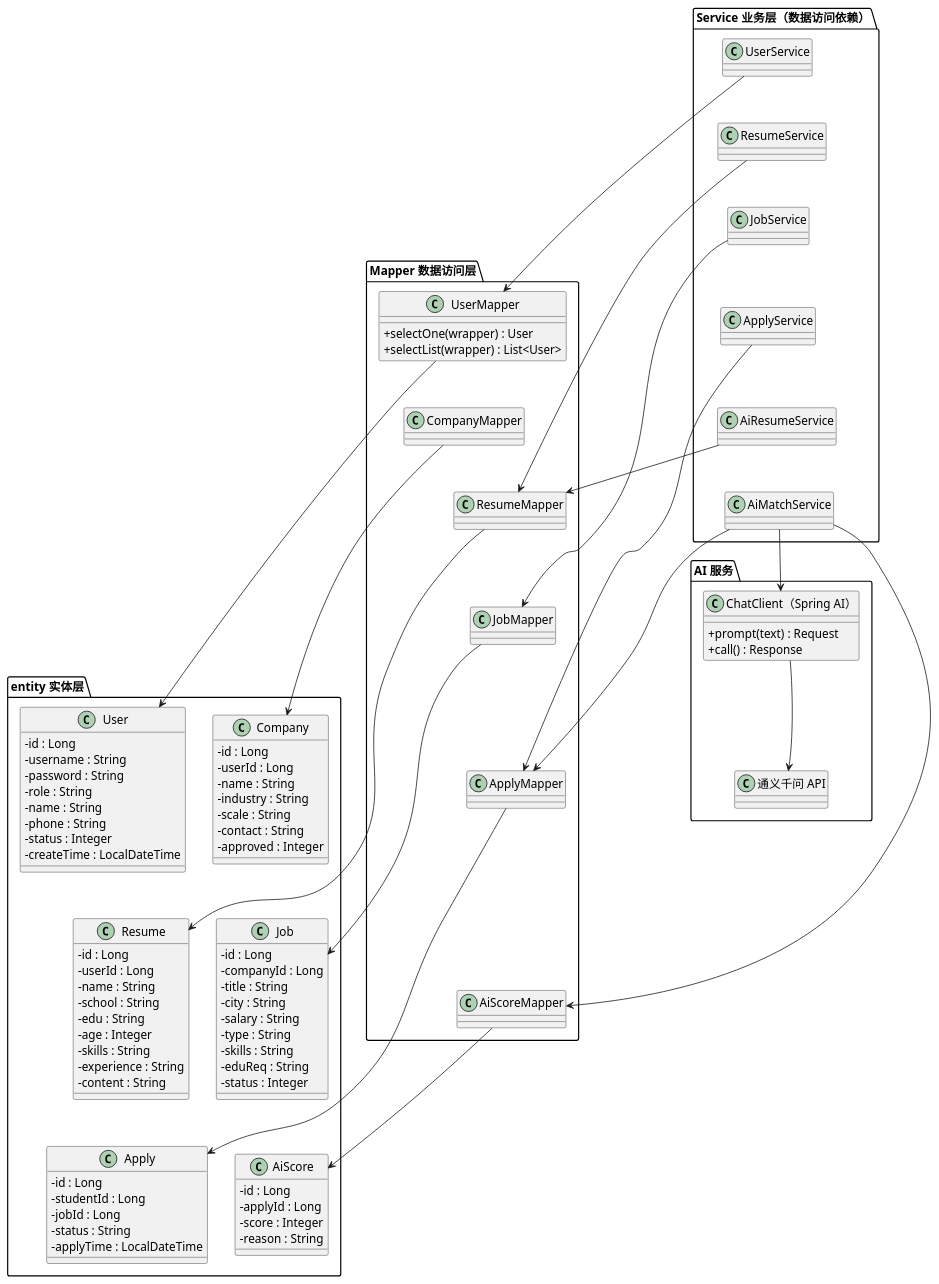
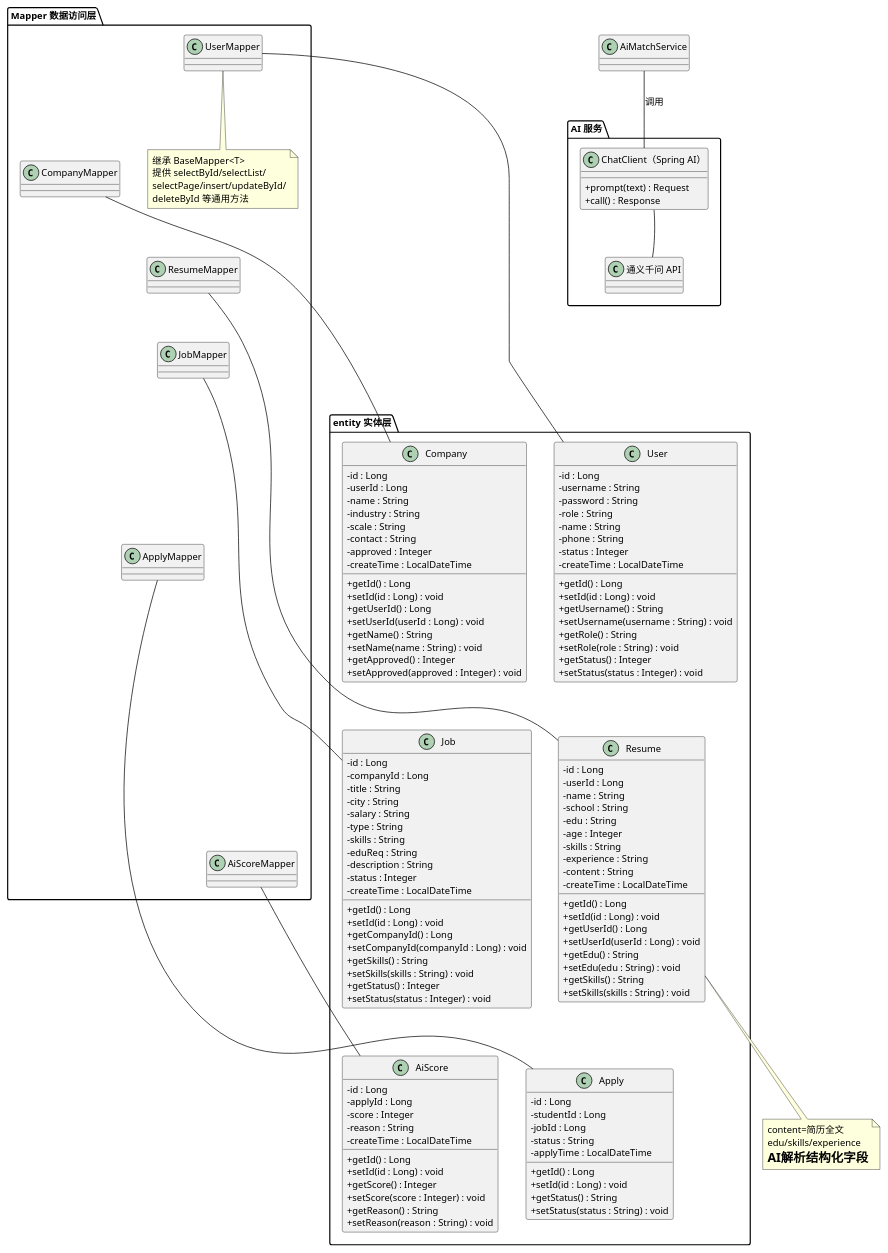
Before and after one commit to sheep7-bot/recruit-internship-system: the diagram in uml/class-data.puml, drawn with PlantUML. The commit also changed 61 other files, not shown here.

Commit message:
完善 AI 简历解析服务，更新 UML 图集；API Key 改为环境变量读取

```diff
--- a/uml/class-data.puml
+++ b/uml/class-data.puml
@@ -1,125 +1,159 @@
 @startuml 数据访问层与实体层类图
 skinparam defaultFontName "Microsoft YaHei"
 skinparam classAttributeIconSize 0
-skinparam defaultFontSize 15
-
-package "Service 业务层（数据访问依赖）" {
-  class UserService
-  class ResumeService
-  class JobService
-  class ApplyService
-  class AiResumeService
-  class AiMatchService
-  UserService -[hidden]d- ResumeService
-  ResumeService -[hidden]d- JobService
-  JobService -[hidden]d- ApplyService
-  ApplyService -[hidden]d- AiResumeService
-  AiResumeService -[hidden]d- AiMatchService
-}
+skinparam defaultFontSize 12
 
 package "Mapper 数据访问层" {
-  class UserMapper {
-    +selectOne(wrapper) : User
-    +selectList(wrapper) : List<User>
-  }
+  class UserMapper
   class CompanyMapper
   class ResumeMapper
   class JobMapper
   class ApplyMapper
   class AiScoreMapper
   UserMapper -[hidden]d- CompanyMapper
   CompanyMapper -[hidden]d- ResumeMapper
   ResumeMapper -[hidden]d- JobMapper
   JobMapper -[hidden]d- ApplyMapper
   ApplyMapper -[hidden]d- AiScoreMapper
+  note bottom of UserMapper
+    继承 BaseMapper<T>
+    提供 selectById/selectList/
+    selectPage/insert/updateById/
+    deleteById 等通用方法
+  end note
 }
 
 package "entity 实体层" {
   class User {
     -id : Long
     -username : String
     -password : String
     -role : String
     -name : String
     -phone : String
     -status : Integer
     -createTime : LocalDateTime
+    +getId() : Long
+    +setId(id : Long) : void
+    +getUsername() : String
+    +setUsername(username : String) : void
+    +getRole() : String
+    +setRole(role : String) : void
+    +getStatus() : Integer
+    +setStatus(status : Integer) : void
   }
   class Company {
     -id : Long
     -userId : Long
     -name : String
     -industry : String
     -scale : String
     -contact : String
     -approved : Integer
+    -createTime : LocalDateTime
+    +getId() : Long
+    +setId(id : Long) : void
+    +getUserId() : Long
+    +setUserId(userId : Long) : void
+    +getName() : String
+    +setName(name : String) : void
+    +getApproved() : Integer
+    +setApproved(approved : Integer) : void
   }
   class Resume {
     -id : Long
     -userId : Long
     -name : String
     -school : String
     -edu : String
     -age : Integer
     -skills : String
     -experience : String
     -content : String
+    -createTime : LocalDateTime
+    +getId() : Long
+    +setId(id : Long) : void
+    +getUserId() : Long
+    +setUserId(userId : Long) : void
+    +getEdu() : String
+    +setEdu(edu : String) : void
+    +getSkills() : String
+    +setSkills(skills : String) : void
   }
   class Job {
     -id : Long
     -companyId : Long
     -title : String
     -city : String
     -salary : String
     -type : String
     -skills : String
     -eduReq : String
+    -description : String
     -status : Integer
+    -createTime : LocalDateTime
+    +getId() : Long
+    +setId(id : Long) : void
+    +getCompanyId() : Long
+    +setCompanyId(companyId : Long) : void
+    +getSkills() : String
+    +setSkills(skills : String) : void
+    +getStatus() : Integer
+    +setStatus(status : Integer) : void
   }
   class Apply {
     -id : Long
     -studentId : Long
     -jobId : Long
     -status : String
     -applyTime : LocalDateTime
+    +getId() : Long
+    +setId(id : Long) : void
+    +getStatus() : String
+    +setStatus(status : String) : void
   }
   class AiScore {
     -id : Long
     -applyId : Long
     -score : Integer
     -reason : String
+    -createTime : LocalDateTime
+    +getId() : Long
+    +setId(id : Long) : void
+    +getScore() : Integer
+    +setScore(score : Integer) : void
+    +getReason() : String
+    +setReason(reason : String) : void
   }
   User -[hidden]r- Company
   Company -[hidden]d- Resume
   Resume -[hidden]r- Job
   Job -[hidden]d- Apply
   Apply -[hidden]r- AiScore
 }
 
 package "AI 服务" {
   class "ChatClient（Spring AI）" as ChatClient {
     +prompt(text) : Request
     +call() : Response
   }
   class "通义千问 API" as Qwen
   ChatClient -[hidden]d- Qwen
 }
 
-UserService --> UserMapper
-ResumeService --> ResumeMapper
-JobService --> JobMapper
-ApplyService --> ApplyMapper
-AiResumeService --> ResumeMapper
-AiMatchService --> ApplyMapper
-AiMatchService --> AiScoreMapper
+UserMapper -- User
+CompanyMapper -- Company
+ResumeMapper -- Resume
+JobMapper -- Job
+ApplyMapper -- Apply
+AiScoreMapper -- AiScore
 
-UserMapper --> User
-CompanyMapper --> Company
-ResumeMapper --> Resume
-JobMapper --> Job
-ApplyMapper --> Apply
-AiScoreMapper --> AiScore
+AiMatchService -- ChatClient : 调用
+ChatClient -- Qwen
 
-AiMatchService --> ChatClient
-ChatClient --> Qwen
+note bottom of Resume
+  content=简历全文
+  edu/skills/experience
+  =AI解析结构化字段
+end note
 @enduml
```
